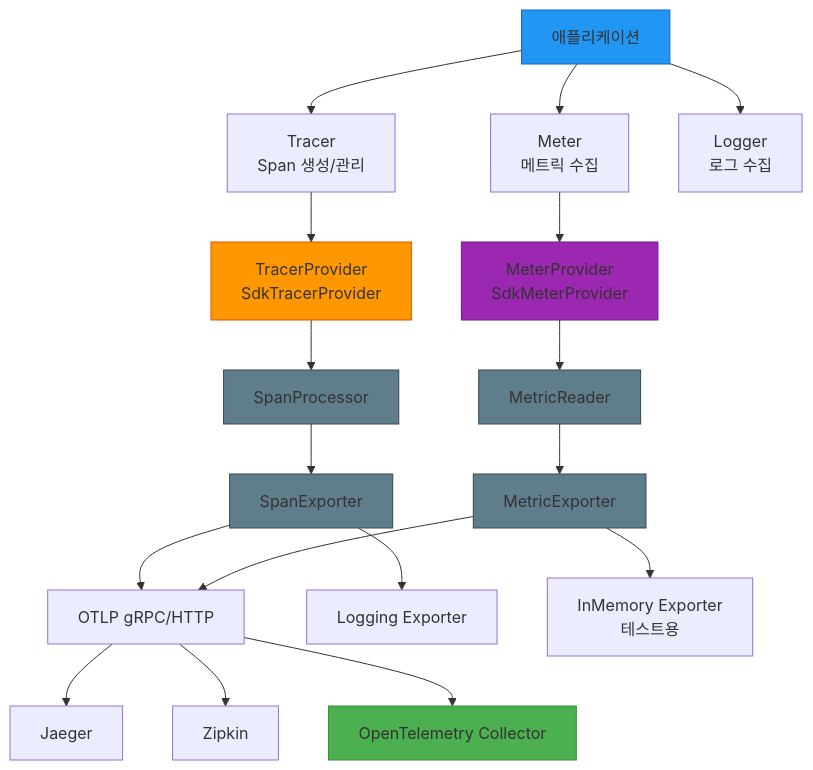
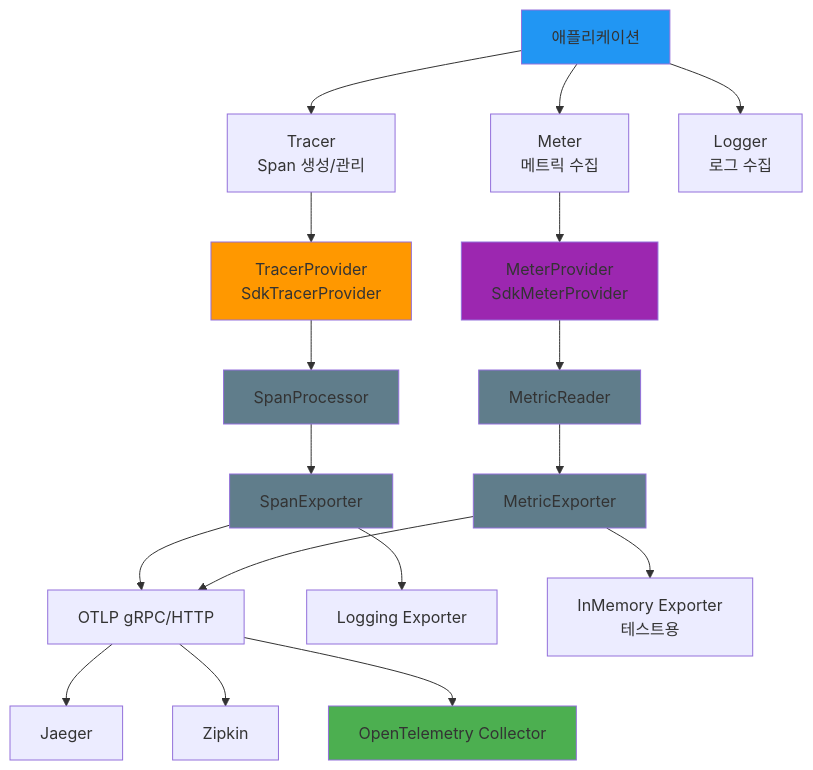
The second of 4 diagrams in infra/opentelemetry/README.md (bluetape4k/bluetape4k-projects), drawn with Mermaid before and after one commit. The commit also changed other lines of this file and 94 other files, not shown here.

First line of the commit message:
docs: Mermaid classDef에서 stroke:#색상 제거 (파서 오류 수정)

````diff
--- a/infra/opentelemetry/README.md
+++ b/infra/opentelemetry/README.md
@@ -320,33 +320,33 @@
 ```mermaid
 flowchart TD
     App[애플리케이션] --> Tracer[Tracer<br/>Span 생성/관리]
     App --> Meter[Meter<br/>메트릭 수집]
     App --> Logger[Logger<br/>로그 수집]
 
     Tracer --> TP[TracerProvider<br/>SdkTracerProvider]
     Meter --> MP[MeterProvider<br/>SdkMeterProvider]
 
     TP --> SP[SpanProcessor]
     SP --> SE[SpanExporter]
 
     MP --> MR[MetricReader]
     MR --> ME[MetricExporter]
 
     SE --> OTLP[OTLP gRPC/HTTP]
     SE --> LogExp[Logging Exporter]
     ME --> OTLP
     ME --> InMem[InMemory Exporter<br/>테스트용]
 
     OTLP --> Jaeger[Jaeger]
     OTLP --> Zipkin[Zipkin]
     OTLP --> OtelCol[OpenTelemetry Collector]
 
-    style App fill:#2196F3,stroke:#1565C0
-    style TP fill:#FF9800,stroke:#E65100
-    style MP fill:#9C27B0,stroke:#6A1B9A
-    style OtelCol fill:#4CAF50,stroke:#388E3C
-    style SP fill:#607D8B,stroke:#37474F
-    style SE fill:#607D8B,stroke:#37474F
-    style MR fill:#607D8B,stroke:#37474F
-    style ME fill:#607D8B,stroke:#37474F
+    style App fill:#2196F3
+    style TP fill:#FF9800
+    style MP fill:#9C27B0
+    style OtelCol fill:#4CAF50
+    style SP fill:#607D8B
+    style SE fill:#607D8B
+    style MR fill:#607D8B
+    style ME fill:#607D8B
 ```
````
